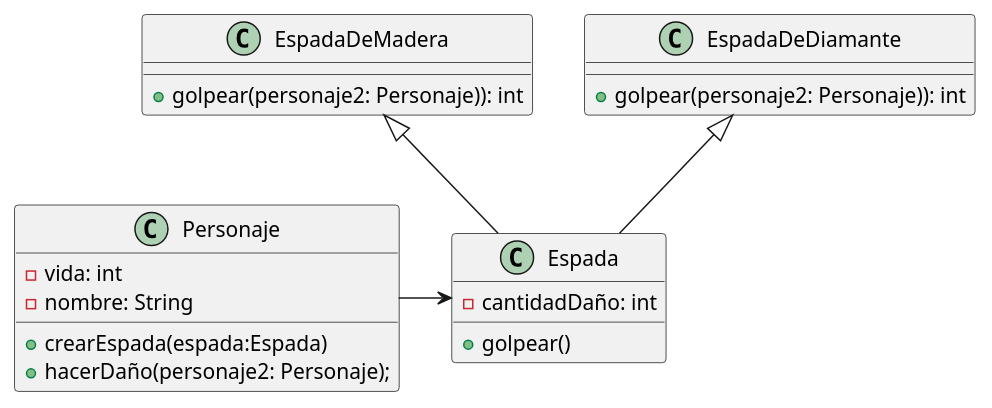
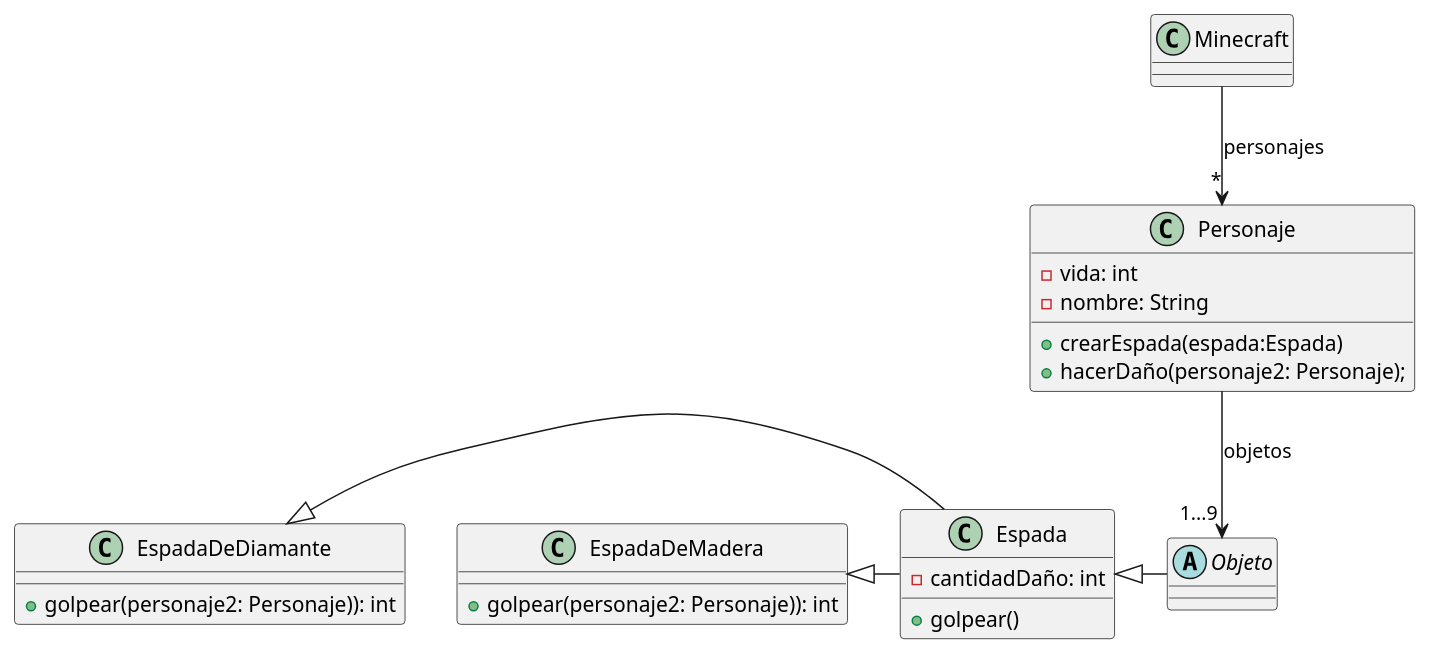
The diagram in src/EspadaDeMinecraft.puml (JaveEmilio/Espada-de-Minecraft), drawn with PlantUML before and after one commit. The commit also changed 9 other files, not shown here.

```diff
--- a/src/EspadaDeMinecraft.puml
+++ b/src/EspadaDeMinecraft.puml
@@ -1,24 +1,28 @@
 @startuml
 'https://plantuml.com/sequence-diagram
+class Minecraft{
+}
+abstract class Objeto
+
 class Personaje{
     - vida: int
     - nombre: String
     + crearEspada(espada:Espada)
     + hacerDaño(personaje2: Personaje);
 }
-
 class Espada{
     - cantidadDaño: int
     + golpear()
 }
 class EspadaDeMadera{
     + golpear(personaje2: Personaje)): int
 }
 class EspadaDeDiamante{
     +golpear(personaje2: Personaje)): int
 }
-
-Personaje -> Espada
-EspadaDeDiamante <|-- Espada
-EspadaDeMadera <|-- Espada
+Minecraft --> "*" Personaje: personajes
+Personaje --> "1...9" Objeto: objetos
+Espada <|- Objeto
+EspadaDeDiamante <|- Espada
+EspadaDeMadera <|- Espada
 @enduml
```
